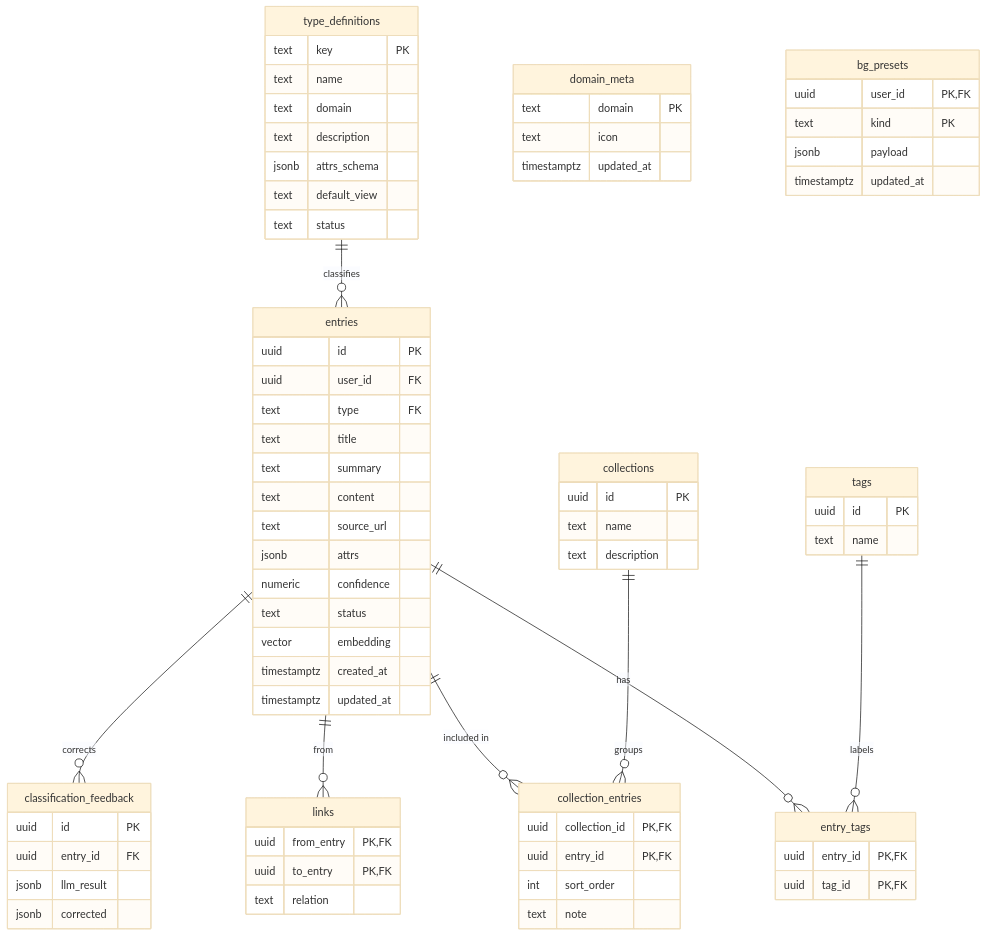
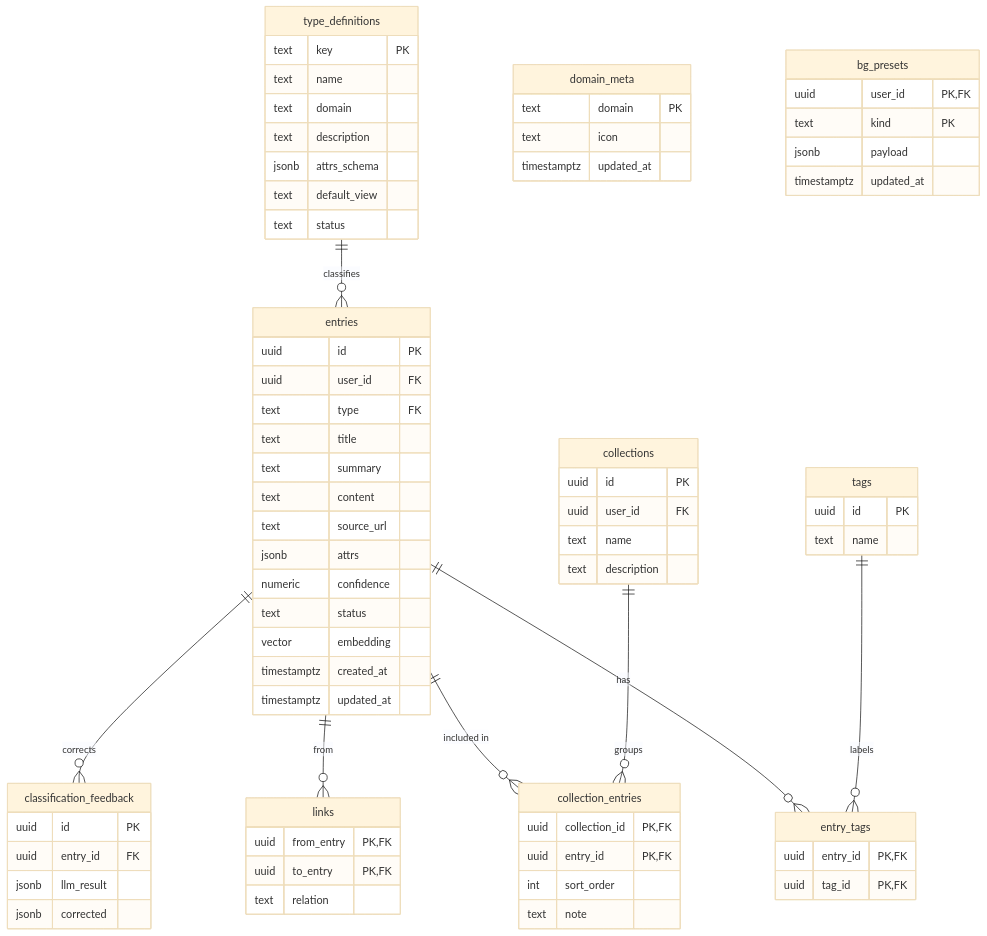
One commit to alvis9315/knowledge-inbox changed the diagram in docs/data-model.md. Above: the diagram before and after it, drawn with Mermaid (base theme). The commit also changed other lines of this file and 2 other files, not shown here.

First line of the commit message:
feat(db): 0011 collections 擁有者化 RLS(user_id + auth.uid() policy)

````diff
--- a/docs/data-model.md
+++ b/docs/data-model.md
@@ -22,76 +22,77 @@
 ```mermaid
 erDiagram
   type_definitions ||--o{ entries : "classifies"
   entries ||--o{ entry_tags : "has"
   tags ||--o{ entry_tags : "labels"
   entries ||--o{ collection_entries : "included in"
   collections ||--o{ collection_entries : "groups"
   entries ||--o{ links : "from"
   entries ||--o{ classification_feedback : "corrects"
 
   type_definitions {
     text key PK
     text name
     text domain
     text description
     jsonb attrs_schema
     text default_view
     text status
   }
   entries {
     uuid id PK
     uuid user_id FK
     text type FK
     text title
     text summary
     text content
     text source_url
     jsonb attrs
     numeric confidence
     text status
     vector embedding
     timestamptz created_at
     timestamptz updated_at
   }
   tags {
     uuid id PK
     text name
   }
   entry_tags {
     uuid entry_id PK,FK
     uuid tag_id PK,FK
   }
   collections {
     uuid id PK
+    uuid user_id FK
     text name
     text description
   }
   collection_entries {
     uuid collection_id PK,FK
     uuid entry_id PK,FK
     int sort_order
     text note
   }
   links {
     uuid from_entry PK,FK
     uuid to_entry PK,FK
     text relation
   }
   classification_feedback {
     uuid id PK
     uuid entry_id FK
     jsonb llm_result
     jsonb corrected
   }
   domain_meta {
     text domain PK
     text icon
     timestamptz updated_at
   }
   bg_presets {
     uuid user_id PK,FK
     text kind PK
     jsonb payload
     timestamptz updated_at
   }
 ```
````
